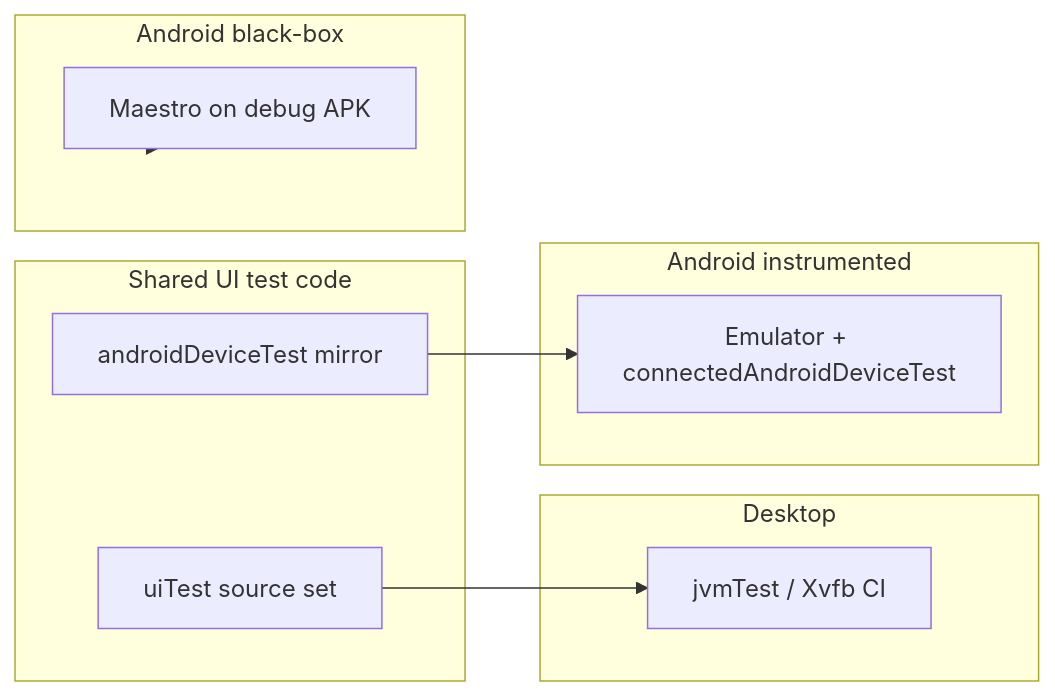
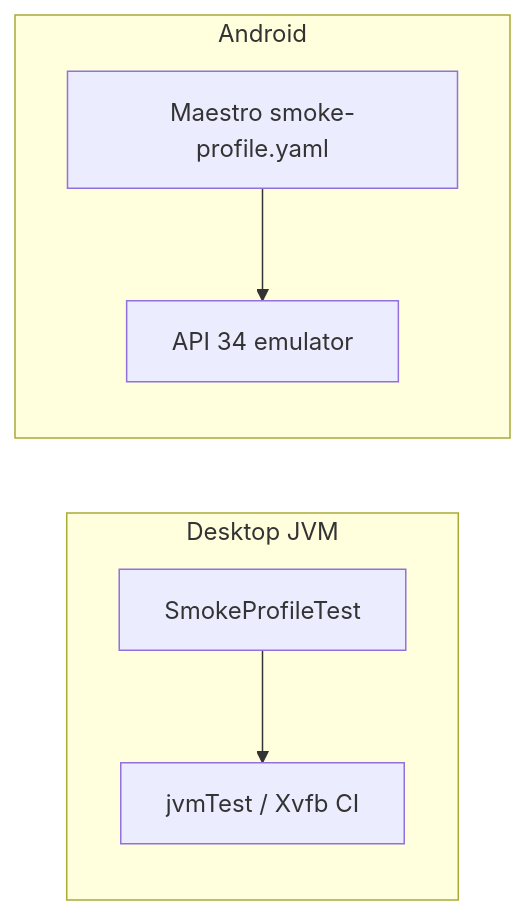
Before and after one commit to Bible-Translation-Tools/BTT-Writer: the diagram in docs/E2E_TESTING_HANDOFF.md, drawn with Mermaid. The commit also changed other lines of this file and 3 other files, not shown here.

````diff
--- a/docs/E2E_TESTING_HANDOFF.md
+++ b/docs/E2E_TESTING_HANDOFF.md
@@ -112,19 +146,13 @@
 ```mermaid
 flowchart LR
-  subgraph shared [Shared UI test code]
-    uiTest["uiTest source set"]
-    androidDeviceTest["androidDeviceTest mirror"]
-  end
-  subgraph desktop [Desktop]
+  subgraph desktop [Desktop JVM]
+    smokeTest["SmokeProfileTest"]
     jvmTest["jvmTest / Xvfb CI"]
   end
-  subgraph androidInstr [Android instrumented]
-    emulator["Emulator + connectedAndroidDeviceTest"]
+  subgraph android [Android]
+    maestro["Maestro smoke-profile.yaml"]
+    emulator["API 34 emulator"]
   end
-  subgraph androidBB [Android black-box]
-    maestro["Maestro on debug APK"]
-  end
-  uiTest --> jvmTest
-  androidDeviceTest --> emulator
-  maestro --> androidBB
+  smokeTest --> jvmTest
+  maestro --> emulator
 ```
````
